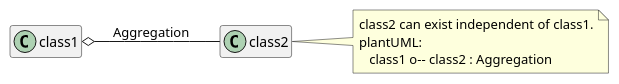
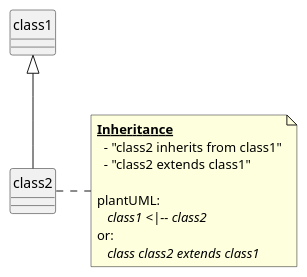
Diagram 13 of 23 in uml_markdown_summary.md (chraxo/UmlMarkdownCheatSheet), drawn with PlantUML before and after one commit. The commit also changed other lines of this file, not shown here.

Commit message:
class diagram: further improvement

```diff
--- a/uml_markdown_summary.md
+++ b/uml_markdown_summary.md
@@ -292,13 +376,22 @@
 @startuml
-    left to right direction
+    skinparam classFontName Consolas
+    skinparam classAttributeFontName Consolas
     skinparam noteFontName Consolas
-    hide empty members
-    
-    class1 o-- class2 : Aggregation
+
+    'hide empty members
+    'left to right direction
+    skinparam style strictuml
+
+    class1 <|-- class2 
 
     note right
-        class2 can exist independent of class1.
-        plantUML:
-           class1 o-- class2 : Aggregation
+        **__Inheritance__**
+          - "class2 inherits from class1"
+          - "class2 extends class1"
+        
+        plantUML: 
+           //class1 <|-- class2//
+        or:
+           //class class2 extends class1//
     end note
 @enduml
```
